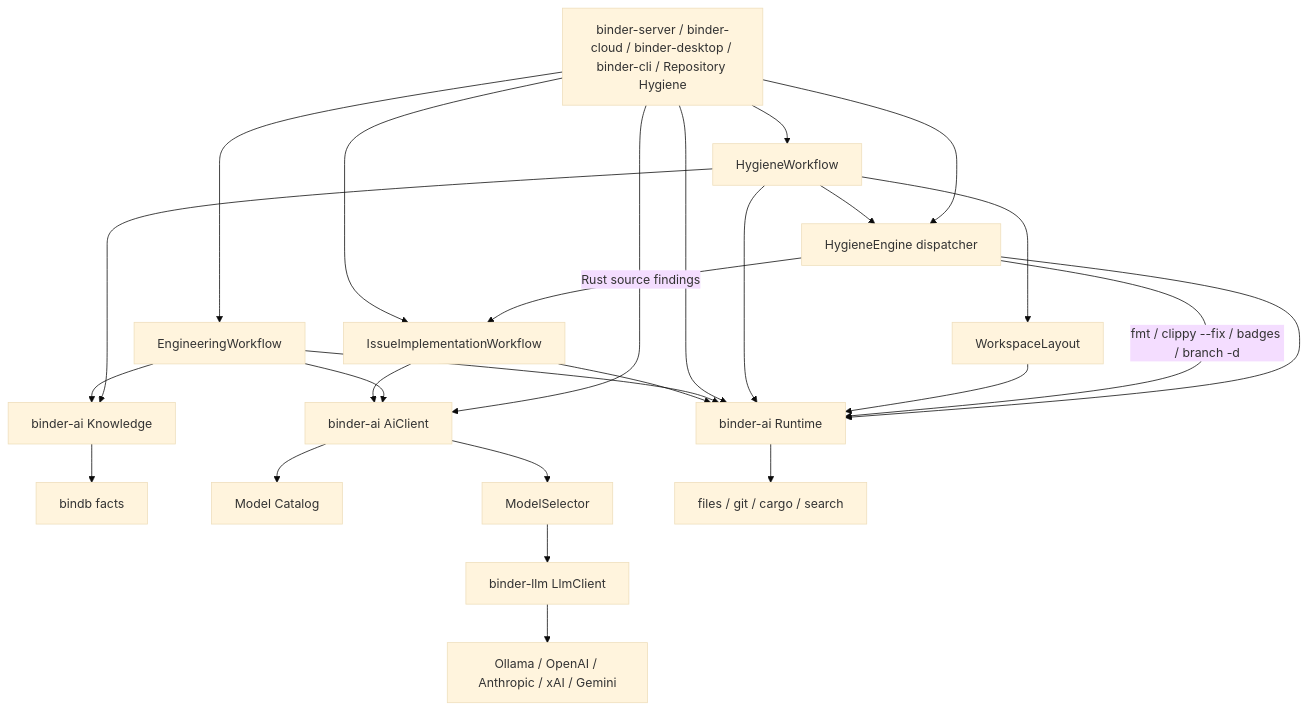
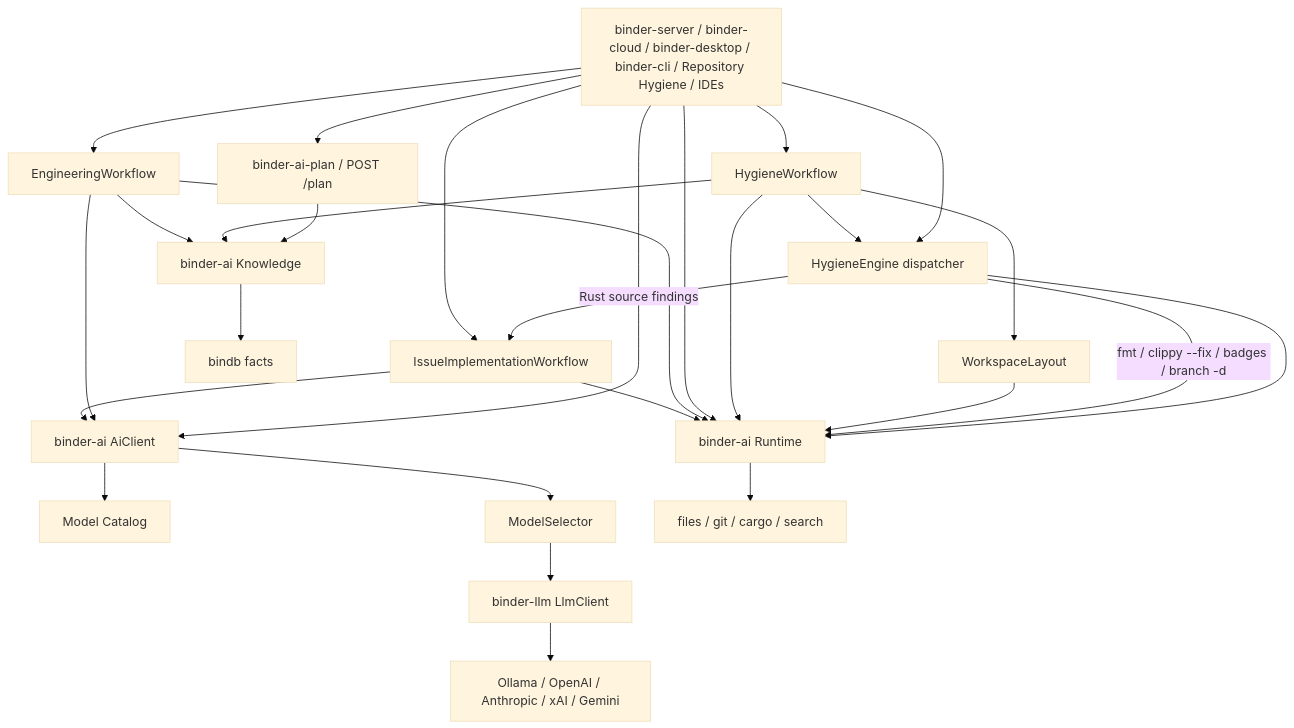
One commit to dpkimball/binder-ai changed the diagram in docs/as-built/architecture.md. Above: the diagram before and after it, drawn with Mermaid (base theme). The commit also changed other lines of this file and 17 other files, not shown here.

````diff
--- a/docs/as-built/architecture.md
+++ b/docs/as-built/architecture.md
@@ -5,43 +5,46 @@
 ```mermaid
 flowchart TD
-  apps["binder-server / binder-cloud / binder-desktop / binder-cli / Repository Hygiene"]
+  apps["binder-server / binder-cloud / binder-desktop / binder-cli / Repository Hygiene / IDEs"]
+  intel["binder-ai-plan / POST /plan"]
   ai["binder-ai AiClient"]
   runtime["binder-ai Runtime"]
   knowledge["binder-ai Knowledge"]
   resolve["WorkspaceLayout"]
   bindb["bindb facts"]
   hygiene["HygieneEngine dispatcher"]
   hygieneWf["HygieneWorkflow"]
   wf["IssueImplementationWorkflow"]
   eng["EngineeringWorkflow"]
   catalog["Model Catalog"]
   selector["ModelSelector"]
   llm["binder-llm LlmClient"]
   providers["Ollama / OpenAI / Anthropic / xAI / Gemini"]
   env["files / git / cargo / search"]
+  apps --> intel
+  intel --> knowledge
   apps --> hygiene
   hygiene --> runtime
   hygiene -->|"Rust source findings"| wf
   hygiene -->|"fmt / clippy --fix / badges / branch -d"| runtime
   apps --> hygieneWf
   hygieneWf --> knowledge
   hygieneWf --> resolve
   resolve --> runtime
   hygieneWf --> hygiene
   hygieneWf --> runtime
   apps --> ai
   apps --> runtime
   apps --> wf
   apps --> eng
   eng --> knowledge
   knowledge --> bindb
   eng --> ai
   eng --> runtime
   wf --> ai
   wf --> runtime
   ai --> catalog
   ai --> selector
   selector --> llm
   llm --> providers
   runtime --> env
 ```
````
